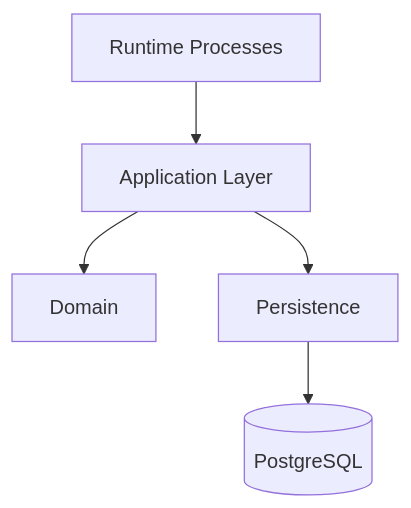
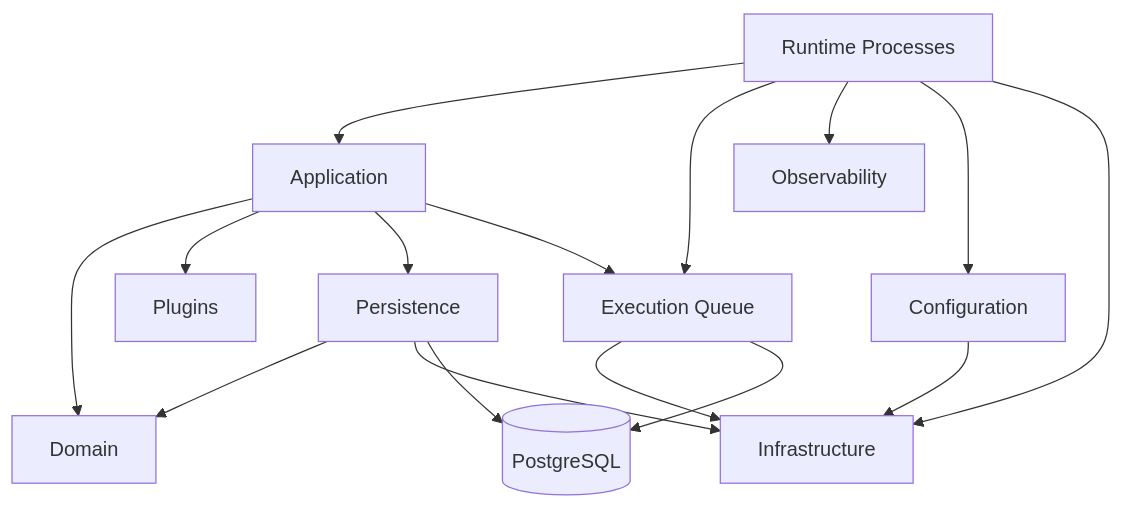
One commit to Devin8407/Automation-Platform changed the diagram in docs/architecture/project-structure.md. Above: the diagram before and after it, drawn with Mermaid. The commit also changed other lines of this file and 44 other files, not shown here.

````diff
--- a/docs/architecture/project-structure.md
+++ b/docs/architecture/project-structure.md
@@ -17,18 +20,38 @@
 ```mermaid
 flowchart TD
 
     Runtime["Runtime Processes"]
+    Application["Application"]
 
-    Application["Application Layer"]
-
+    Plugins["Plugins"]
+    Persistence["Persistence"]
+    Queue["Execution Queue"]
     Domain["Domain"]
 
-    Persistence["Persistence"]
+    Config["Configuration"]
+    Infrastructure["Infrastructure"]
+    Observability["Observability"]
 
-    Database[(PostgreSQL)]
+    DB[(PostgreSQL)]
 
     Runtime --> Application
+    Runtime --> Queue
+
     Application --> Domain
+    Application --> Plugins
     Application --> Persistence
-    Persistence --> Database
+    Application --> Queue
+
+    Persistence --> Domain
+    Persistence --> Infrastructure
+    Persistence --> DB
+
+    Queue --> Infrastructure
+    Queue --> DB
+
+    Runtime --> Observability
+    Runtime --> Config
+    Runtime --> Infrastructure
+
+    Config --> Infrastructure
 ```
````
